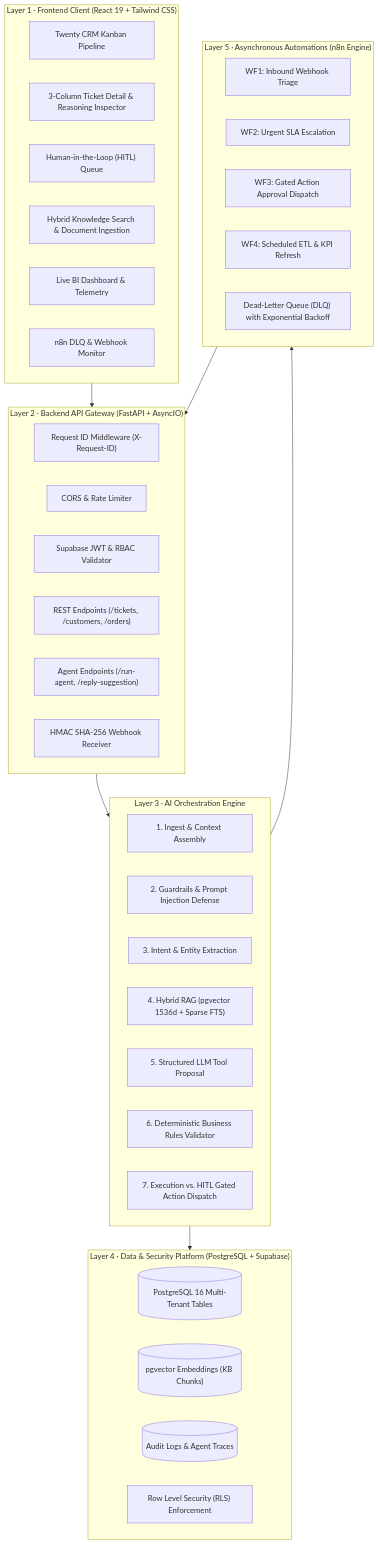
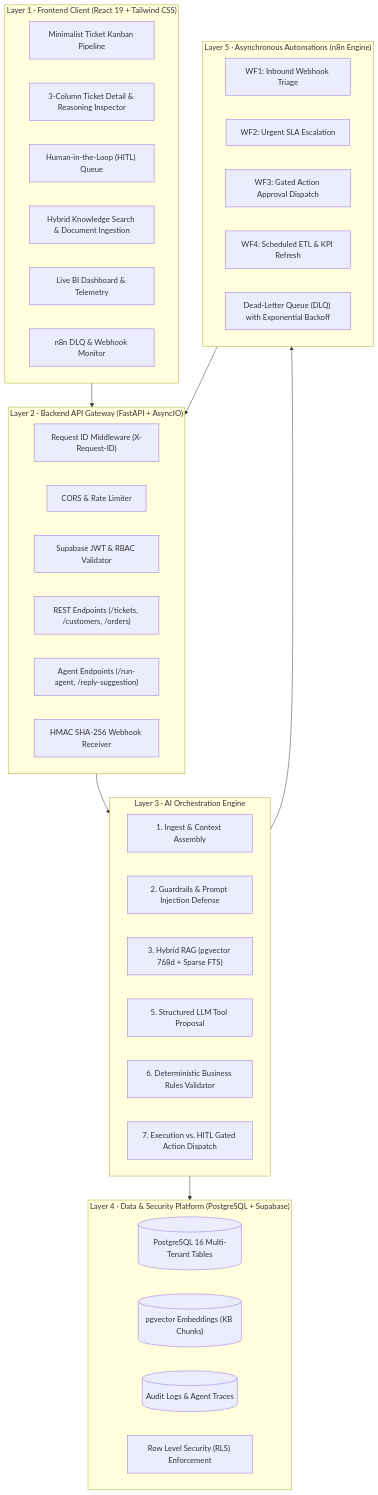
Before and after one commit to satyms/Custome-X: the diagram in SYSTEM_DOCUMENTATION.md, drawn with Mermaid. The commit also changed other lines of this file and 4 other files, not shown here.

````diff
--- a/SYSTEM_DOCUMENTATION.md
+++ b/SYSTEM_DOCUMENTATION.md
@@ -69,51 +69,51 @@
 ```mermaid
 flowchart TD
     subgraph Client["Layer 1 · Frontend Client (React 19 + Tailwind CSS)"]
-        UI_Kanban["Twenty CRM Kanban Pipeline"]
+        UI_Kanban["Minimalist Ticket Kanban Pipeline"]
         UI_Tickets["3-Column Ticket Detail & Reasoning Inspector"]
         UI_Approvals["Human-in-the-Loop (HITL) Queue"]
         UI_Knowledge["Hybrid Knowledge Search & Document Ingestion"]
         UI_Analytics["Live BI Dashboard & Telemetry"]
         UI_Automations["n8n DLQ & Webhook Monitor"]
     end
 
     subgraph Gateway["Layer 2 · Backend API Gateway (FastAPI + AsyncIO)"]
         MW_Tracing["Request ID Middleware (X-Request-ID)"]
         MW_CORS["CORS & Rate Limiter"]
         Auth["Supabase JWT & RBAC Validator"]
         Router_Core["REST Endpoints (/tickets, /customers, /orders)"]
         Router_Agent["Agent Endpoints (/run-agent, /reply-suggestion)"]
         Router_Webhooks["HMAC SHA-256 Webhook Receiver"]
     end
 
     subgraph AI["Layer 3 · AI Orchestration Engine"]
         Step1["1. Ingest & Context Assembly"]
         Step2["2. Guardrails & Prompt Injection Defense"]
         Step3["3. Intent & Entity Extraction"]
-        Step4["4. Hybrid RAG (pgvector 1536d + Sparse FTS)"]
+        Step3["3. Hybrid RAG (pgvector 768d + Sparse FTS)"]
         Step5["5. Structured LLM Tool Proposal"]
         Step6["6. Deterministic Business Rules Validator"]
         Step7["7. Execution vs. HITL Gated Action Dispatch"]
     end
 
     subgraph Data["Layer 4 · Data & Security Platform (PostgreSQL + Supabase)"]
         DB_Relational[("PostgreSQL 16 Multi-Tenant Tables")]
         DB_Vectors[("pgvector Embeddings (KB Chunks)")]
         DB_Audit[("Audit Logs & Agent Traces")]
         RLS["Row Level Security (RLS) Enforcement"]
     end
 
     subgraph Workflows["Layer 5 · Asynchronous Automations (n8n Engine)"]
         WF1["WF1: Inbound Webhook Triage"]
         WF2["WF2: Urgent SLA Escalation"]
         WF3["WF3: Gated Action Approval Dispatch"]
         WF4["WF4: Scheduled ETL & KPI Refresh"]
         DLQ["Dead-Letter Queue (DLQ) with Exponential Backoff"]
     end
 
     Client --> Gateway
     Gateway --> AI
     AI --> Data
     AI --> Workflows
     Workflows --> Gateway
 ```
````
